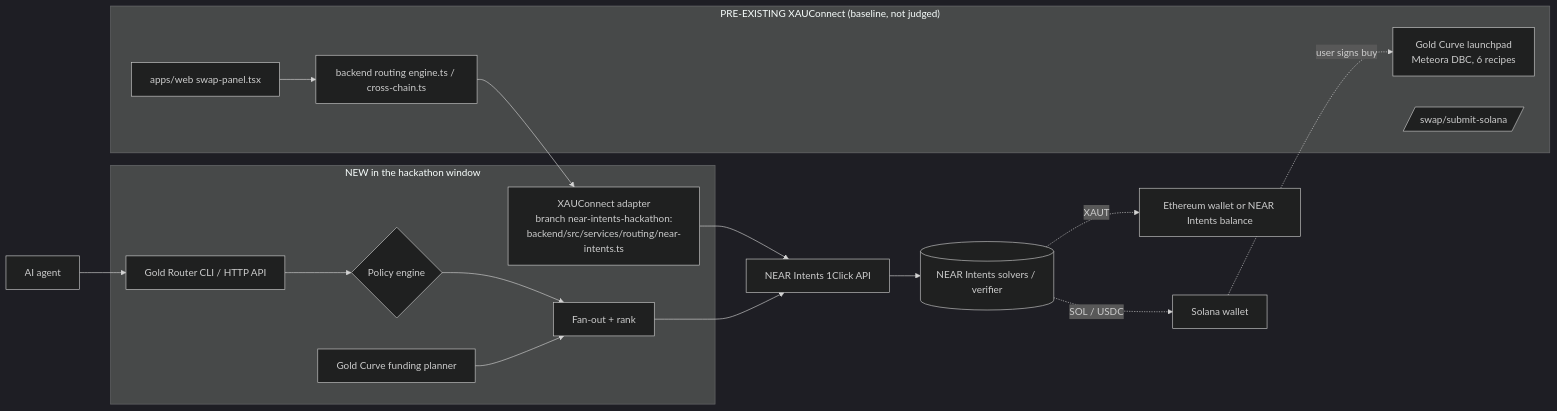
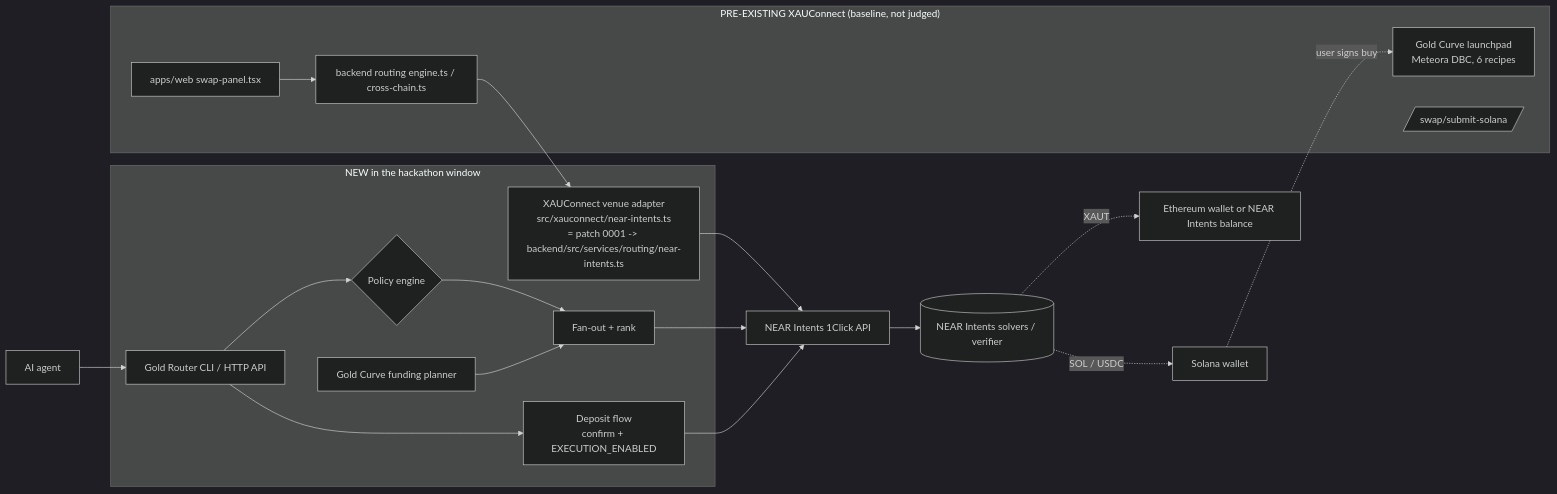
One commit to akhilexx/xauconnect-gold-router changed the diagram in README.md. Above: the diagram before and after it, drawn with Mermaid (dark theme). The commit also changed other lines of this file and 5 other files, not shown here.

````diff
--- a/README.md
+++ b/README.md
@@ -54,23 +61,25 @@
 ```mermaid
 flowchart LR
   subgraph NEW["NEW in the hackathon window"]
     API[Gold Router CLI / HTTP API]
     P{Policy engine}
     F[Fan-out + rank]
     GC[Gold Curve funding planner]
-    ADP[XAUConnect adapter<br/>branch near-intents-hackathon:<br/>backend/src/services/routing/near-intents.ts]
+    EX[Deposit flow<br/>confirm + EXECUTION_ENABLED]
+    ADP[XAUConnect venue adapter<br/>src/xauconnect/near-intents.ts<br/>= patch 0001 -> backend/src/services/routing/near-intents.ts]
   end
   subgraph OLD["PRE-EXISTING XAUConnect (baseline, not judged)"]
     WEB[apps/web swap-panel.tsx]
     ENG[backend routing engine.ts / cross-chain.ts]
     GCX[Gold Curve launchpad<br/>Meteora DBC, 6 recipes]
     SUB[/swap/submit-solana/]
   end
   AG[AI agent] --> API
   WEB --> ENG --> ADP --> OC
   API --> P --> F --> OC[NEAR Intents 1Click API]
+  API --> EX --> OC
   GC --> F
   OC --> SOLV[(NEAR Intents solvers / verifier)]
   SOLV -.XAUT.-> ETH[Ethereum wallet or NEAR Intents balance]
   SOLV -.SOL / USDC.-> SOLW[Solana wallet] -.user signs buy.-> GCX
 ```
````
